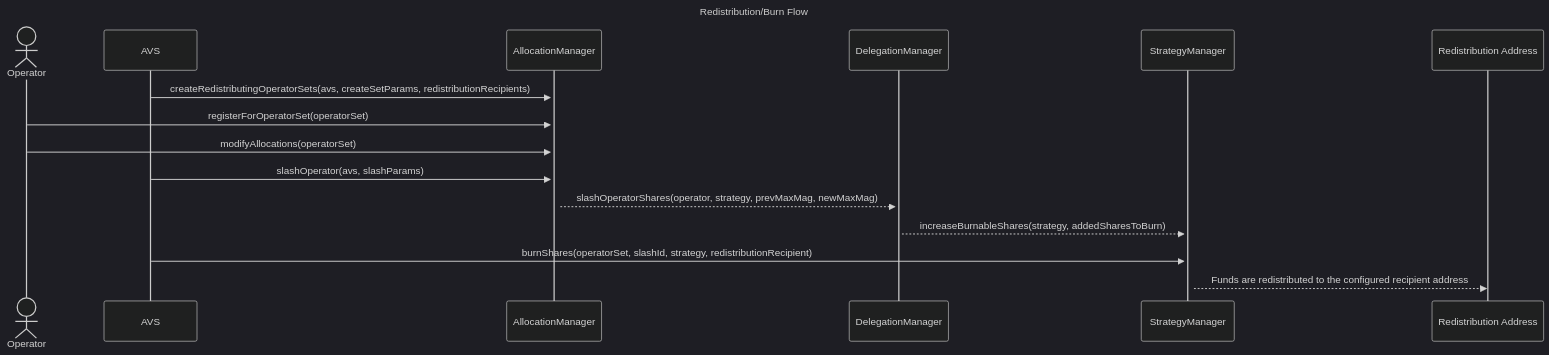
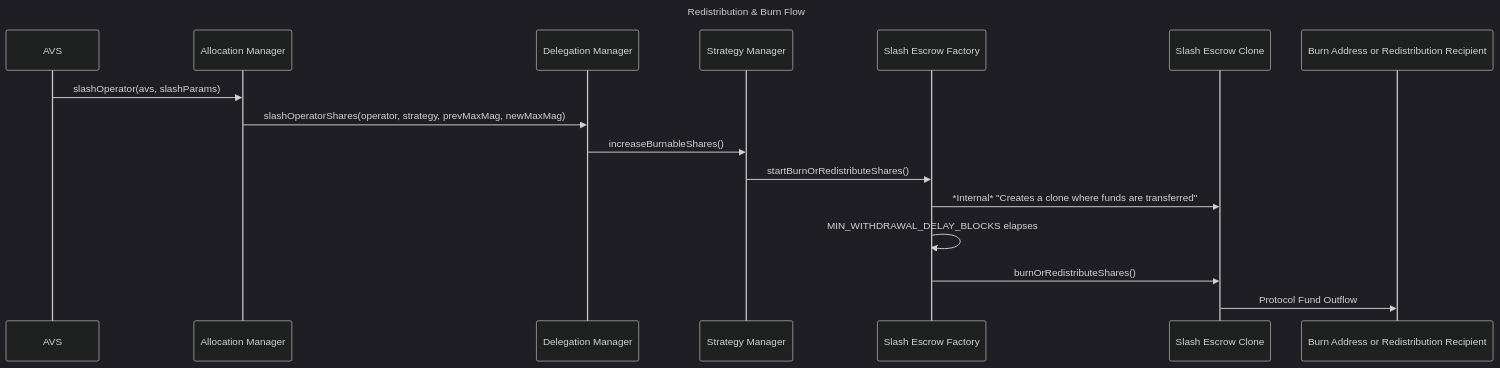
Before and after one commit to eigenfoundation/ELIPs: the diagram in ELIPs/ELIP-006.md, drawn with Mermaid (dark theme). The commit also changed other lines of this file, not shown here.

First line of the commit message:
ELIP-006 Redistributable Slashing Design Iteration for Delay (#38)

````diff
--- a/ELIPs/ELIP-006.md
+++ b/ELIPs/ELIP-006.md
@@ -229,19 +168,21 @@
 ```mermaid
 sequenceDiagram
-    title Redistribution/Burn Flow
-    
-    actor Operator
+    title Redistribution & Burn Flow
+
     participant AVS
-    participant AllocationManager
-    participant DelegationManager
-    participant StrategyManager
-    
-    AVS->>+AllocationManager: createRedistributingOperatorSets(avs, createSetParams, redistributionRecipients)
-    Operator->>AllocationManager: registerForOperatorSet(operatorSet)
-    Operator->>AllocationManager: modifyAllocations(operatorSet)
-    AVS->>+AllocationManager: slashOperator(avs, slashParams)
-    AllocationManager-->>+DelegationManager: slashOperatorShares(operator, strategy, prevMaxMag, newMaxMag)
-    DelegationManager-->>+StrategyManager: increaseBurnableShares(strategy, addedSharesToBurn)
-    AVS->>+StrategyManager: burnShares(operatorSet, slashId, strategy, redistributionRecipient)
-    StrategyManager-->>Redistribution Address: Funds are redistributed to the configured recipient address
+    participant ALM as Allocation Manager
+    participant DM as Delegation Manager
+    participant SM as Strategy Manager
+    participant SEF as Slash Escrow Factory
+    participant CL as Slash Escrow Clone
+    participant BR as Burn Address or Redistribution Recipient
+
+    AVS->>ALM: slashOperator(avs, slashParams)
+    ALM->>DM: slashOperatorShares(operator, strategy, prevMaxMag, newMaxMag)
+    DM->>SM: increaseBurnableShares()
+    SM->>SEF: startBurnOrRedistributeShares()
+    SEF->>CL: *Internal* "Creates a clone where funds are transferred"
+    SEF->>SEF: MIN_WITHDRAWAL_DELAY_BLOCKS elapses
+    SEF->>CL: burnOrRedistributeShares()
+    CL->>BR: Protocol Fund Outflow
 ```
````
